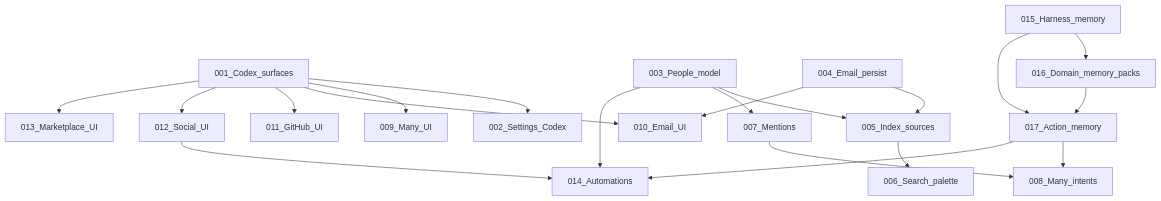
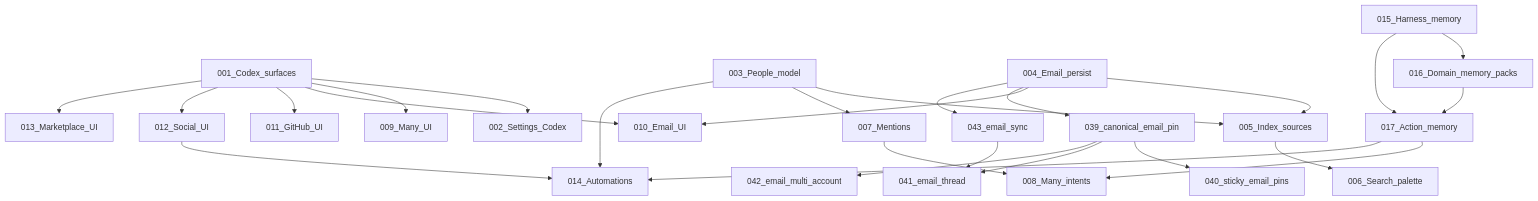
One commit to maxprain12/dome changed the diagram in plans/README.md. Above: the diagram before and after it, drawn with Mermaid. The commit also changed other lines of this file and 175 other files, not shown here.

````diff
--- a/plans/README.md
+++ b/plans/README.md
@@ -54,39 +59,50 @@
 ```mermaid
 flowchart TD
   r001[001_Codex_surfaces]
   r002[002_Settings_Codex]
   r003[003_People_model]
   r004[004_Email_persist]
   r005[005_Index_sources]
   r006[006_Search_palette]
   r007[007_Mentions]
   r008[008_Many_intents]
   r009[009_Many_UI]
   r010[010_Email_UI]
   r011[011_GitHub_UI]
   r012[012_Social_UI]
   r013[013_Marketplace_UI]
   r014[014_Automations]
   r015[015_Harness_memory]
   r016[016_Domain_memory_packs]
   r017[017_Action_memory]
   r001 --> r002
   r001 --> r009
   r001 --> r010
   r001 --> r011
   r001 --> r012
   r001 --> r013
   r003 --> r005
   r003 --> r007
   r004 --> r005
   r005 --> r006
   r007 --> r008
   r003 --> r014
   r012 --> r014
   r015 --> r016
   r015 --> r017
   r016 --> r017
   r017 --> r008
   r017 --> r014
   r004 --> r010
+  r039[039_canonical_email_pin]
+  r040[040_sticky_email_pins]
+  r041[041_email_thread]
+  r042[042_email_multi_account]
+  r043[043_email_sync]
+  r004 --> r039
+  r004 --> r043
+  r039 --> r040
+  r039 --> r041
+  r039 --> r042
+  r043 --> r041
 ```
````
